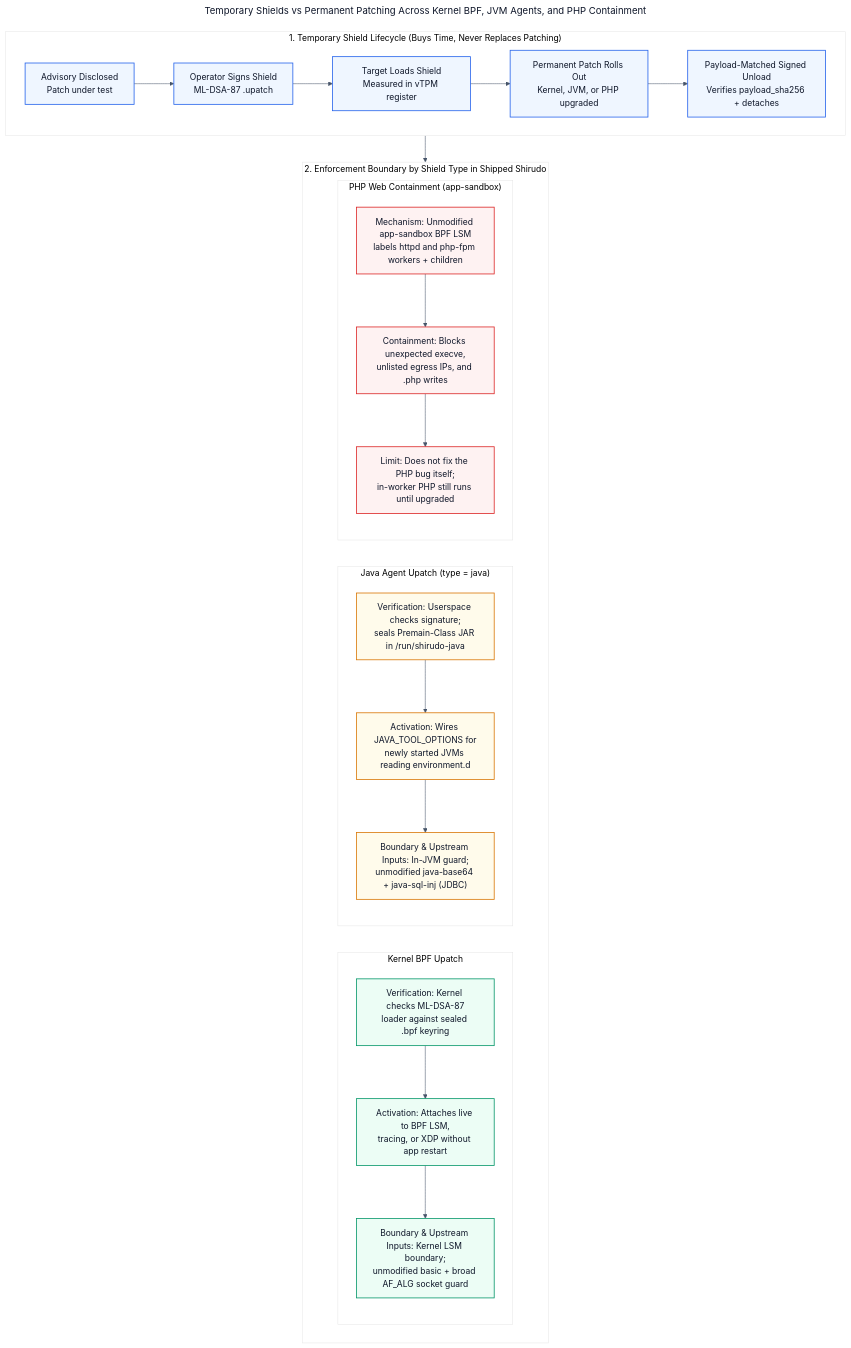
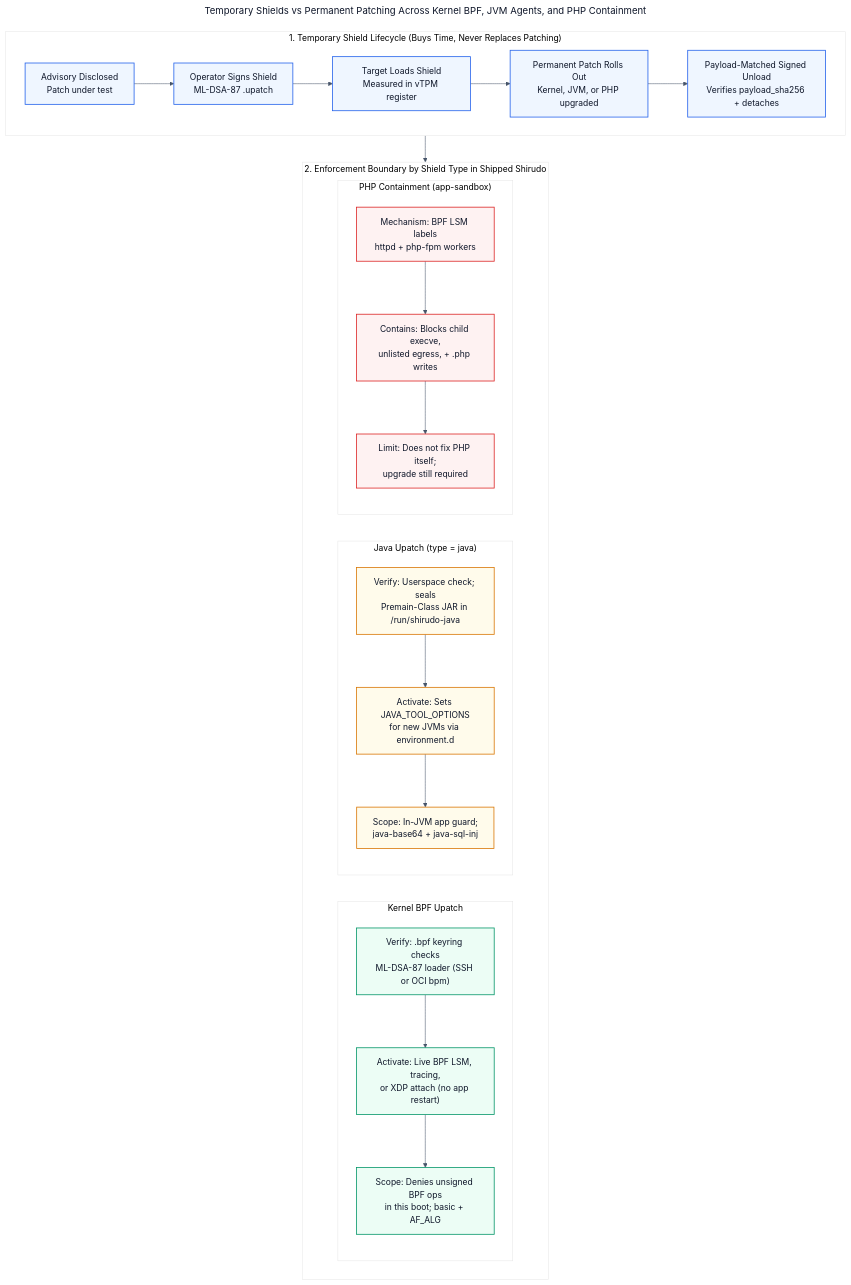
The diagram in docs/figures/shirudo-shield-mechanisms.mmd (johnsonshi/shirudo-on-azure), drawn with Mermaid before and after one commit. The commit also changed 4 other files, not shown here.

First line of the commit message:
docs: narrow in-boot BPF LSM scope, clarify three key roles, and note two transports

```diff
--- a/docs/figures/shirudo-shield-mechanisms.mmd
+++ b/docs/figures/shirudo-shield-mechanisms.mmd
@@ -1,60 +1,60 @@
 ---
 title: "Temporary Shields vs Permanent Patching Across Kernel BPF, JVM Agents, and PHP Containment"
 config:
   theme: base
   layout: dagre
   themeVariables:
     primaryColor: "#f8fafc"
     primaryTextColor: "#0f172a"
     primaryBorderColor: "#334155"
     lineColor: "#475569"
 ---
 %% Editable Mermaid source for docs/figures/shirudo-shield-mechanisms.svg
 flowchart TB
     subgraph LIFE["1. Temporary Shield Lifecycle (Buys Time, Never Replaces Patching)"]
         direction LR
         L1["Advisory Disclosed<br/>Patch under test"] --> L2["Operator Signs Shield<br/>ML-DSA-87 .upatch"]
         L2 --> L3["Target Loads Shield<br/>Measured in vTPM register"]
         L3 --> L4["Permanent Patch Rolls Out<br/>Kernel, JVM, or PHP upgraded"]
         L4 --> L5["Payload-Matched Signed Unload<br/>Verifies payload_sha256 + detaches"]
     end
 
     subgraph COMP["2. Enforcement Boundary by Shield Type in Shipped Shirudo"]
         direction LR
 
         subgraph S_BPF["Kernel BPF Upatch"]
             direction TB
-            B1["Verification: Kernel checks ML-DSA-87<br/>loader against sealed .bpf keyring"]
-            B2["Activation: Attaches live to BPF LSM,<br/>tracing, or XDP without app restart"]
-            B3["Boundary & Upstream Inputs: Kernel LSM boundary;<br/>unmodified basic + broad AF_ALG socket guard"]
+            B1["Verify: .bpf keyring checks<br/>ML-DSA-87 loader (SSH or OCI bpm)"]
+            B2["Activate: Live BPF LSM, tracing,<br/>or XDP attach (no app restart)"]
+            B3["Scope: Denies unsigned BPF ops<br/>in this boot; basic + AF_ALG"]
             B1 --> B2 --> B3
         end
 
-        subgraph S_JAVA["Java Agent Upatch (type = java)"]
+        subgraph S_JAVA["Java Upatch (type = java)"]
             direction TB
-            J1["Verification: Userspace checks signature;<br/>seals Premain-Class JAR in /run/shirudo-java"]
-            J2["Activation: Wires JAVA_TOOL_OPTIONS for<br/>newly started JVMs reading environment.d"]
-            J3["Boundary & Upstream Inputs: In-JVM guard;<br/>unmodified java-base64 + java-sql-inj (JDBC)"]
+            J1["Verify: Userspace check; seals<br/>Premain-Class JAR in /run/shirudo-java"]
+            J2["Activate: Sets JAVA_TOOL_OPTIONS<br/>for new JVMs via environment.d"]
+            J3["Scope: In-JVM app guard;<br/>java-base64 + java-sql-inj"]
             J1 --> J2 --> J3
         end
 
-        subgraph S_PHP["PHP Web Containment (app-sandbox)"]
+        subgraph S_PHP["PHP Containment (app-sandbox)"]
             direction TB
-            P1["Mechanism: Unmodified app-sandbox BPF LSM<br/>labels httpd and php-fpm workers + children"]
-            P2["Containment: Blocks unexpected execve,<br/>unlisted egress IPs, and .php writes"]
-            P3["Limit: Does not fix the PHP bug itself;<br/>in-worker PHP still runs until upgraded"]
+            P1["Mechanism: BPF LSM labels<br/>httpd + php-fpm workers"]
+            P2["Contains: Blocks child execve,<br/>unlisted egress, + .php writes"]
+            P3["Limit: Does not fix PHP itself;<br/>upgrade still required"]
             P1 --> P2 --> P3
         end
     end
 
     LIFE --> COMP
 
     classDef stepBox fill:#eff6ff,stroke:#2563eb,stroke-width:1.5px,color:#0f172a
     classDef bpfBox fill:#ecfdf5,stroke:#059669,stroke-width:1.5px,color:#0f172a
     classDef javaBox fill:#fffbeb,stroke:#d97706,stroke-width:1.5px,color:#0f172a
     classDef phpBox fill:#fef2f2,stroke:#dc2626,stroke-width:1.5px,color:#0f172a
 
     class L1,L2,L3,L4,L5 stepBox
     class B1,B2,B3 bpfBox
     class J1,J2,J3 javaBox
     class P1,P2,P3 phpBox
```
